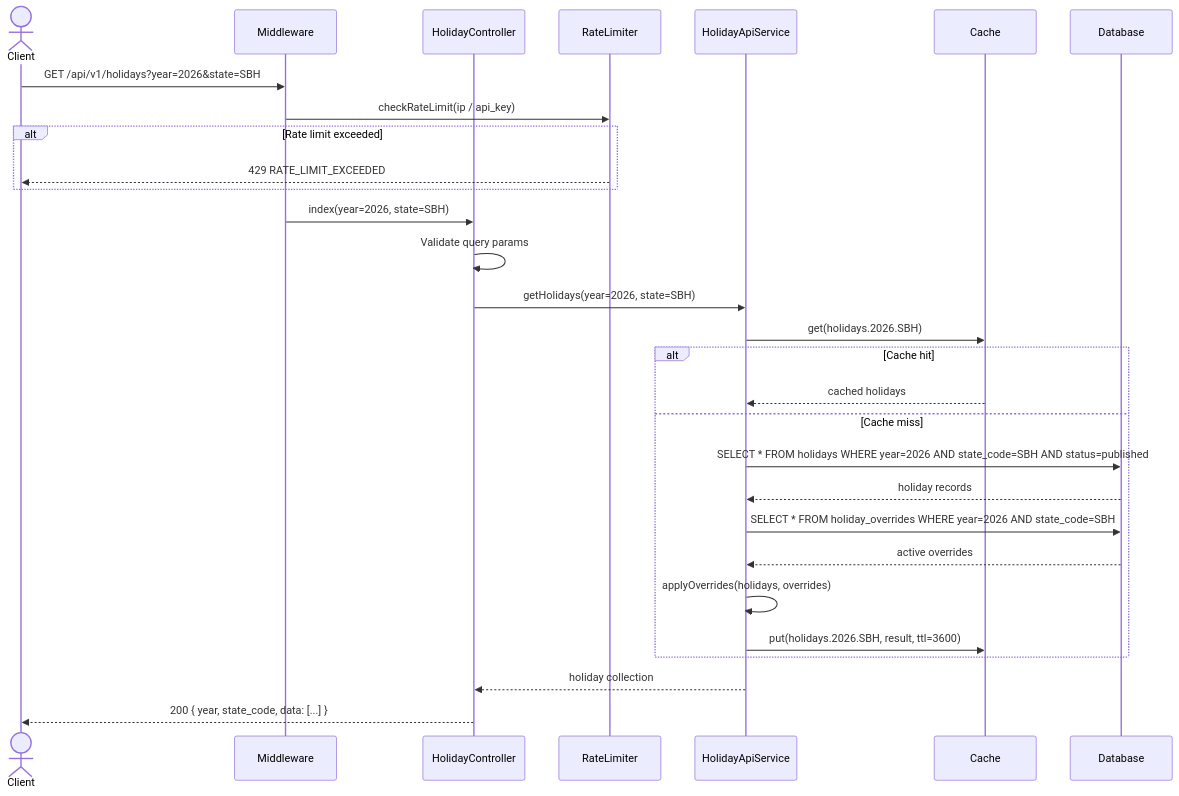
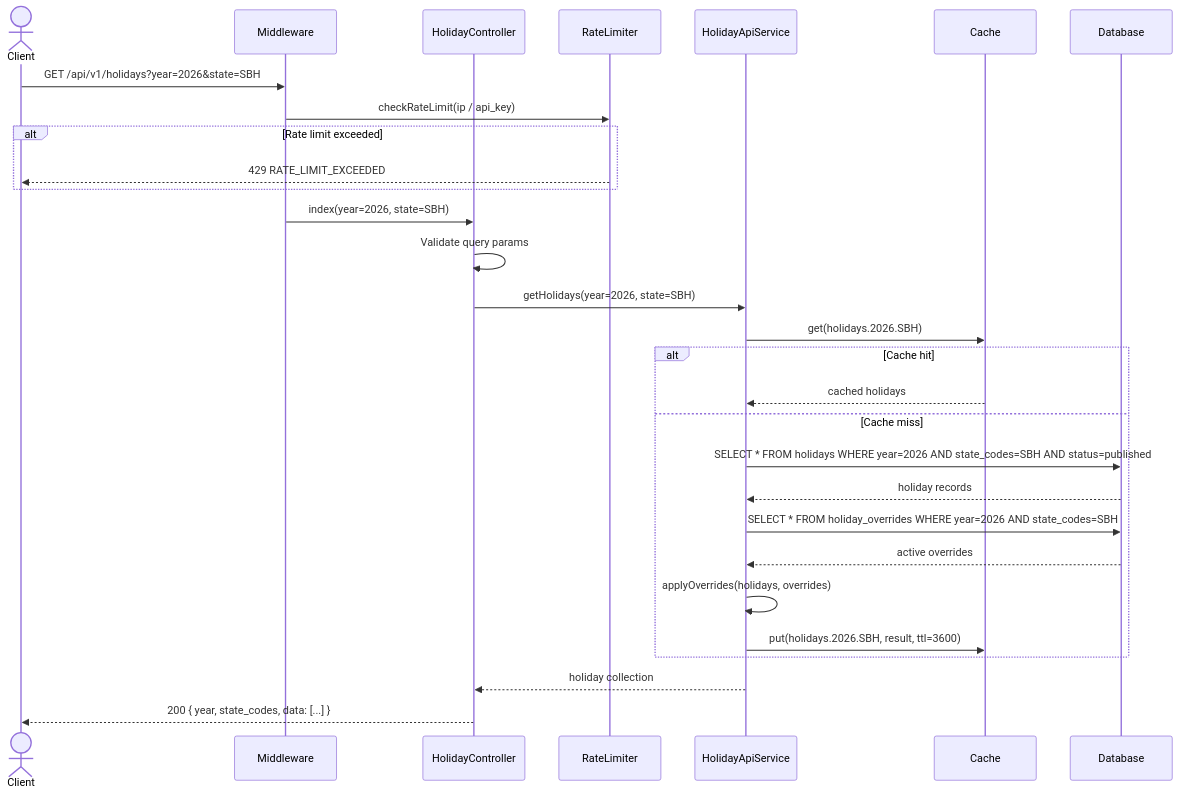
One commit to DyDxdYdX/malaysia-holiday-api changed the fourth of 7 diagrams in docs/04-sequence-diagrams.md. Above: the diagram before and after it, drawn with Mermaid. The commit also changed other lines of this file and 31 other files, not shown here.

Commit message:
refactor: refactor holidays management to support multiple state codes

````diff
--- a/docs/04-sequence-diagrams.md
+++ b/docs/04-sequence-diagrams.md
@@ -150,35 +150,35 @@
 ```mermaid
 sequenceDiagram
     actor Client
     participant MW as Middleware
     participant HC as HolidayController
     participant RL as RateLimiter
     participant AS as HolidayApiService
     participant CACHE as Cache
     participant DB as Database
 
     Client->>MW: GET /api/v1/holidays?year=2026&state=SBH
     MW->>RL: checkRateLimit(ip / api_key)
     alt Rate limit exceeded
         RL-->>Client: 429 RATE_LIMIT_EXCEEDED
     end
 
     MW->>HC: index(year=2026, state=SBH)
     HC->>HC: Validate query params
     HC->>AS: getHolidays(year=2026, state=SBH)
 
     AS->>CACHE: get(holidays.2026.SBH)
     alt Cache hit
         CACHE-->>AS: cached holidays
     else Cache miss
-        AS->>DB: SELECT * FROM holidays WHERE year=2026 AND state_code=SBH AND status=published
+        AS->>DB: SELECT * FROM holidays WHERE year=2026 AND state_codes=SBH AND status=published
         DB-->>AS: holiday records
-        AS->>DB: SELECT * FROM holiday_overrides WHERE year=2026 AND state_code=SBH
+        AS->>DB: SELECT * FROM holiday_overrides WHERE year=2026 AND state_codes=SBH
         DB-->>AS: active overrides
         AS->>AS: applyOverrides(holidays, overrides)
         AS->>CACHE: put(holidays.2026.SBH, result, ttl=3600)
     end
 
     AS-->>HC: holiday collection
-    HC-->>Client: 200 { year, state_code, data: [...] }
+    HC-->>Client: 200 { year, state_codes, data: [...] }
 ```
````
